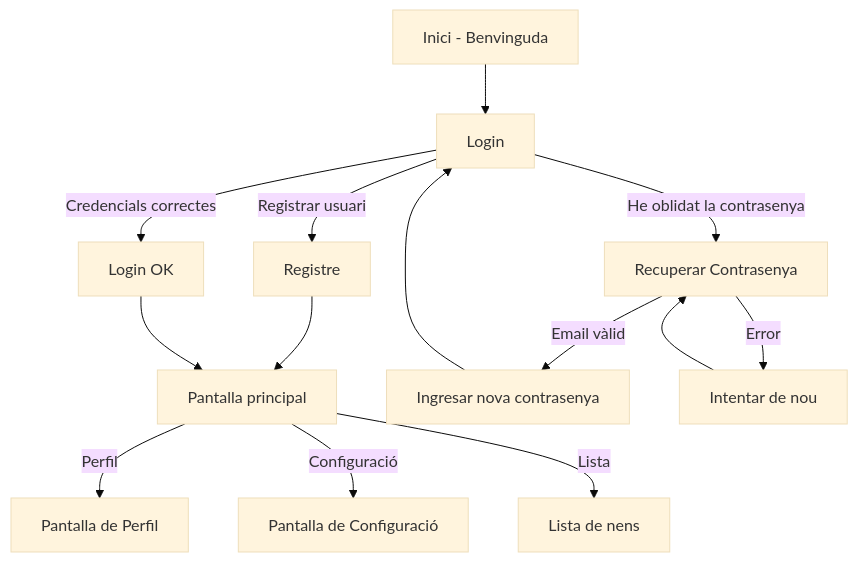
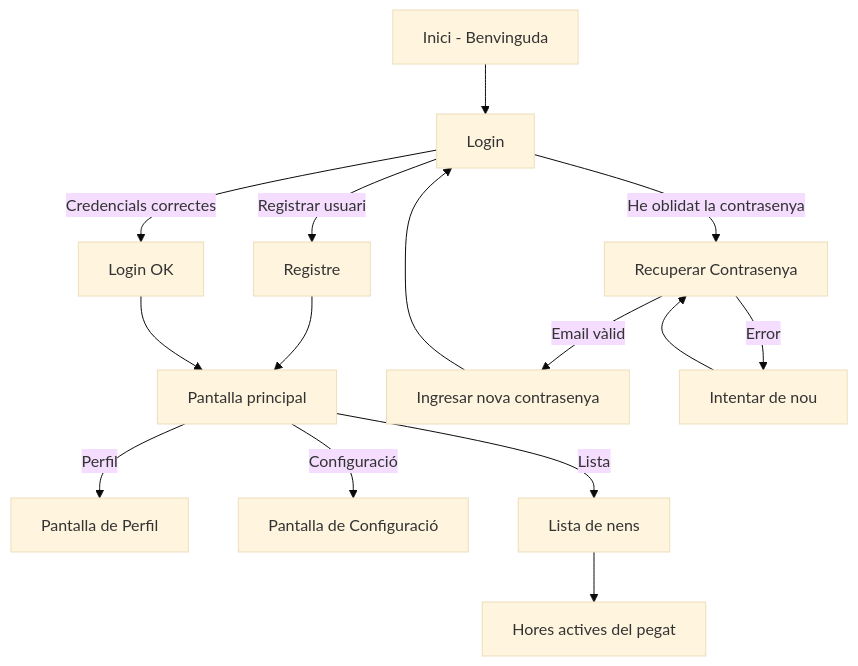
The diagram in charts/diagramaNavegacio.mmd (dmontes901/TapatApp), drawn with Mermaid (base theme) before and after one commit.

```diff
--- a/charts/diagramaNavegacio.mmd
+++ b/charts/diagramaNavegacio.mmd
@@ -1,15 +1,16 @@
 flowchart TD;
     A["Inici - Benvinguda"] --> B["Login"];
     B -->|Registrar usuari| C["Registre"];
     C --> E["Pantalla principal"];
     B -->|Credencials correctes| D["Login OK "];
 
     
     D --> E["Pantalla principal"];
     E -->|Perfil| F["Pantalla de Perfil"];
     E -->|Configuració| G["Pantalla de Configuració"];
     E -->|Lista|J["Lista de nens"];
+    J -->K["Hores actives del pegat"];
     
     B -->|He oblidat la contrasenya| H["Recuperar Contrasenya"];
     H -->|Email vàlid| I["Ingresar nova contrasenya"] --> B;
     H -->|Error| H1["Intentar de nou"] --> H;
```
